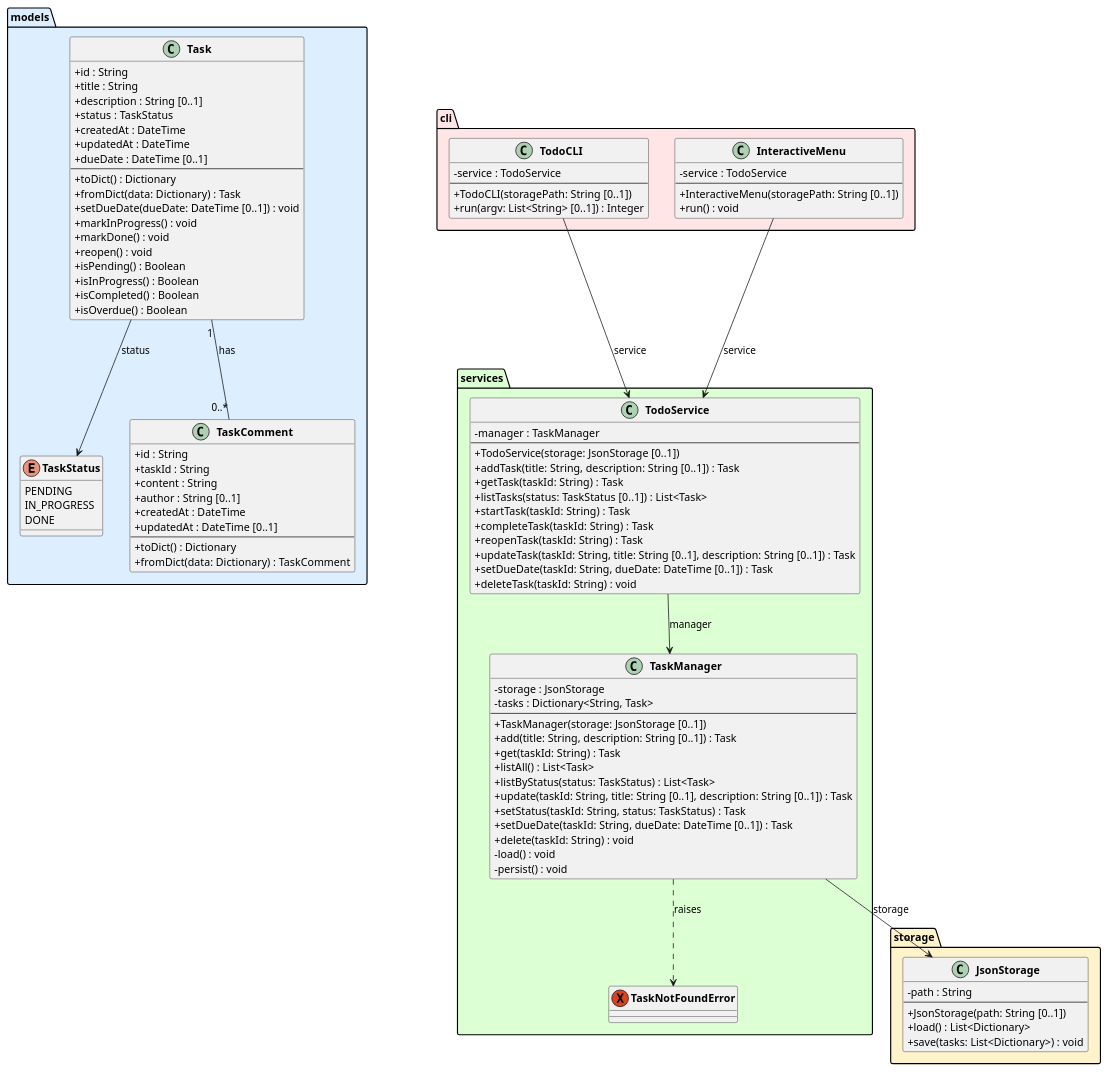
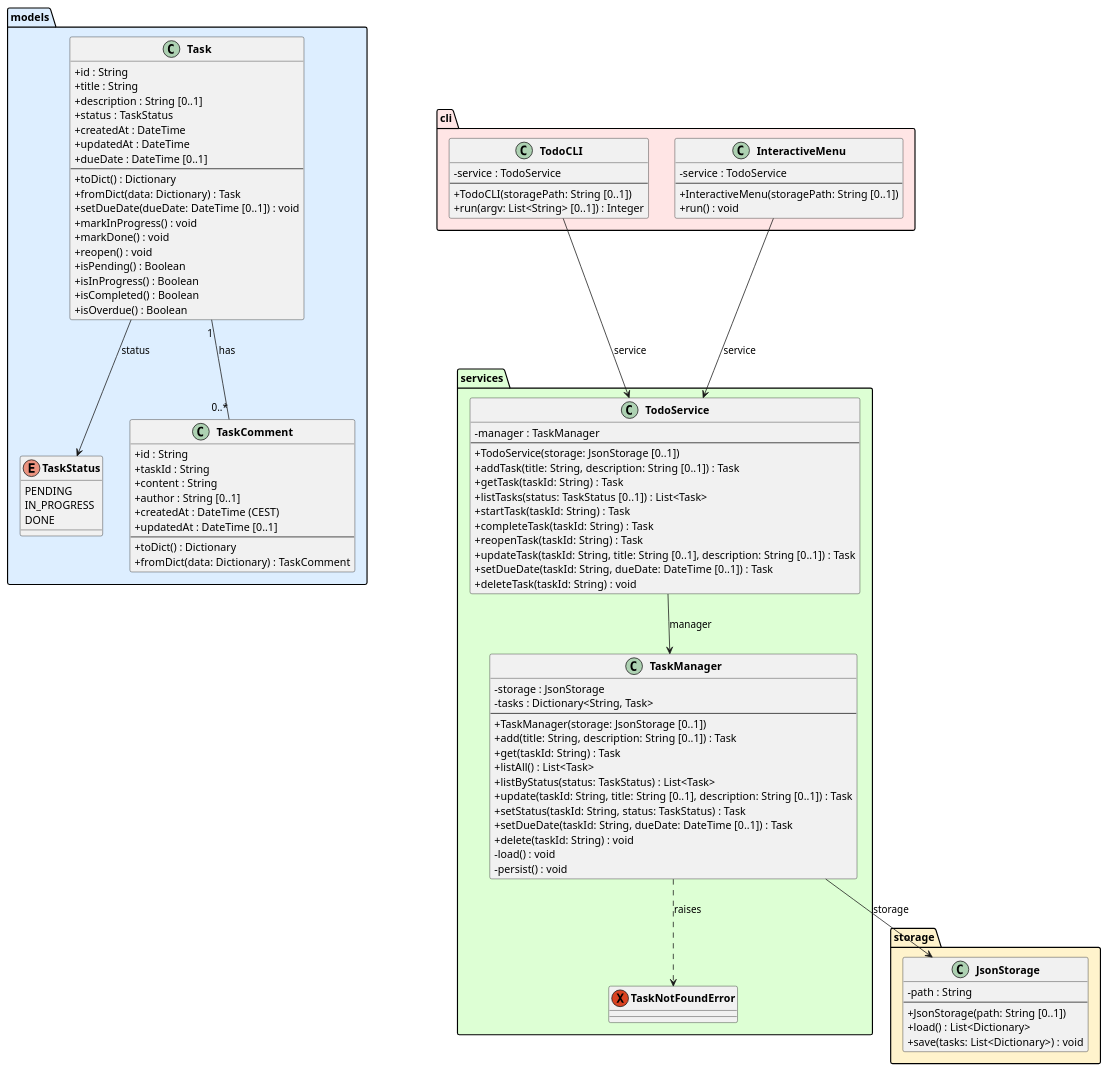
The diagram in experiments/broadcast/user_stories/TODO/artifacts/class_diagram.puml (DanielRiha8906/Software_autoevolution_using_agents), drawn with PlantUML before and after one commit. The commit also changed 3 other files, not shown here.

First line of the commit message:
update all diagrams to reflect TaskComment feature

```diff
--- a/experiments/broadcast/user_stories/TODO/artifacts/class_diagram.puml
+++ b/experiments/broadcast/user_stories/TODO/artifacts/class_diagram.puml
@@ -1,117 +1,117 @@
 @startuml class_diagram
 
 skinparam classAttributeIconSize 0
 skinparam classFontStyle bold
 
 package "models" #DDEEFF {
     enum TaskStatus {
         PENDING
         IN_PROGRESS
         DONE
     }
 
     class Task {
         +id : String
         +title : String
         +description : String [0..1]
         +status : TaskStatus
         +createdAt : DateTime
         +updatedAt : DateTime
         +dueDate : DateTime [0..1]
         --
         +toDict() : Dictionary
         +fromDict(data: Dictionary) : Task
         +setDueDate(dueDate: DateTime [0..1]) : void
         +markInProgress() : void
         +markDone() : void
         +reopen() : void
         +isPending() : Boolean
         +isInProgress() : Boolean
         +isCompleted() : Boolean
         +isOverdue() : Boolean
     }
 
     class TaskComment {
         +id : String
         +taskId : String
         +content : String
         +author : String [0..1]
-        +createdAt : DateTime
+        +createdAt : DateTime (CEST)
         +updatedAt : DateTime [0..1]
         --
         +toDict() : Dictionary
         +fromDict(data: Dictionary) : TaskComment
     }
 }
 
 package "storage" #FFF3CC {
     class JsonStorage {
         -path : String
         --
         +JsonStorage(path: String [0..1])
         +load() : List<Dictionary>
         +save(tasks: List<Dictionary>) : void
     }
 }
 
 package "services" #DDFFD4 {
     exception TaskNotFoundError
 
     class TaskManager {
         -storage : JsonStorage
         -tasks : Dictionary<String, Task>
         --
         +TaskManager(storage: JsonStorage [0..1])
         +add(title: String, description: String [0..1]) : Task
         +get(taskId: String) : Task
         +listAll() : List<Task>
         +listByStatus(status: TaskStatus) : List<Task>
         +update(taskId: String, title: String [0..1], description: String [0..1]) : Task
         +setStatus(taskId: String, status: TaskStatus) : Task
         +setDueDate(taskId: String, dueDate: DateTime [0..1]) : Task
         +delete(taskId: String) : void
         -load() : void
         -persist() : void
     }
 
     class TodoService {
         -manager : TaskManager
         --
         +TodoService(storage: JsonStorage [0..1])
         +addTask(title: String, description: String [0..1]) : Task
         +getTask(taskId: String) : Task
         +listTasks(status: TaskStatus [0..1]) : List<Task>
         +startTask(taskId: String) : Task
         +completeTask(taskId: String) : Task
         +reopenTask(taskId: String) : Task
         +updateTask(taskId: String, title: String [0..1], description: String [0..1]) : Task
         +setDueDate(taskId: String, dueDate: DateTime [0..1]) : Task
         +deleteTask(taskId: String) : void
     }
 }
 
 package "cli" #FFE5E5 {
     class TodoCLI {
         -service : TodoService
         --
         +TodoCLI(storagePath: String [0..1])
         +run(argv: List<String> [0..1]) : Integer
     }
 
     class InteractiveMenu {
         -service : TodoService
         --
         +InteractiveMenu(storagePath: String [0..1])
         +run() : void
     }
 }
 
 Task --> TaskStatus : status
 Task "1" -- "0..*" TaskComment : has
 TaskManager --> JsonStorage : storage
 TaskManager ..> TaskNotFoundError : raises
 TodoService --> TaskManager : manager
 TodoCLI --> TodoService : service
 InteractiveMenu --> TodoService : service
 
 @enduml
```
